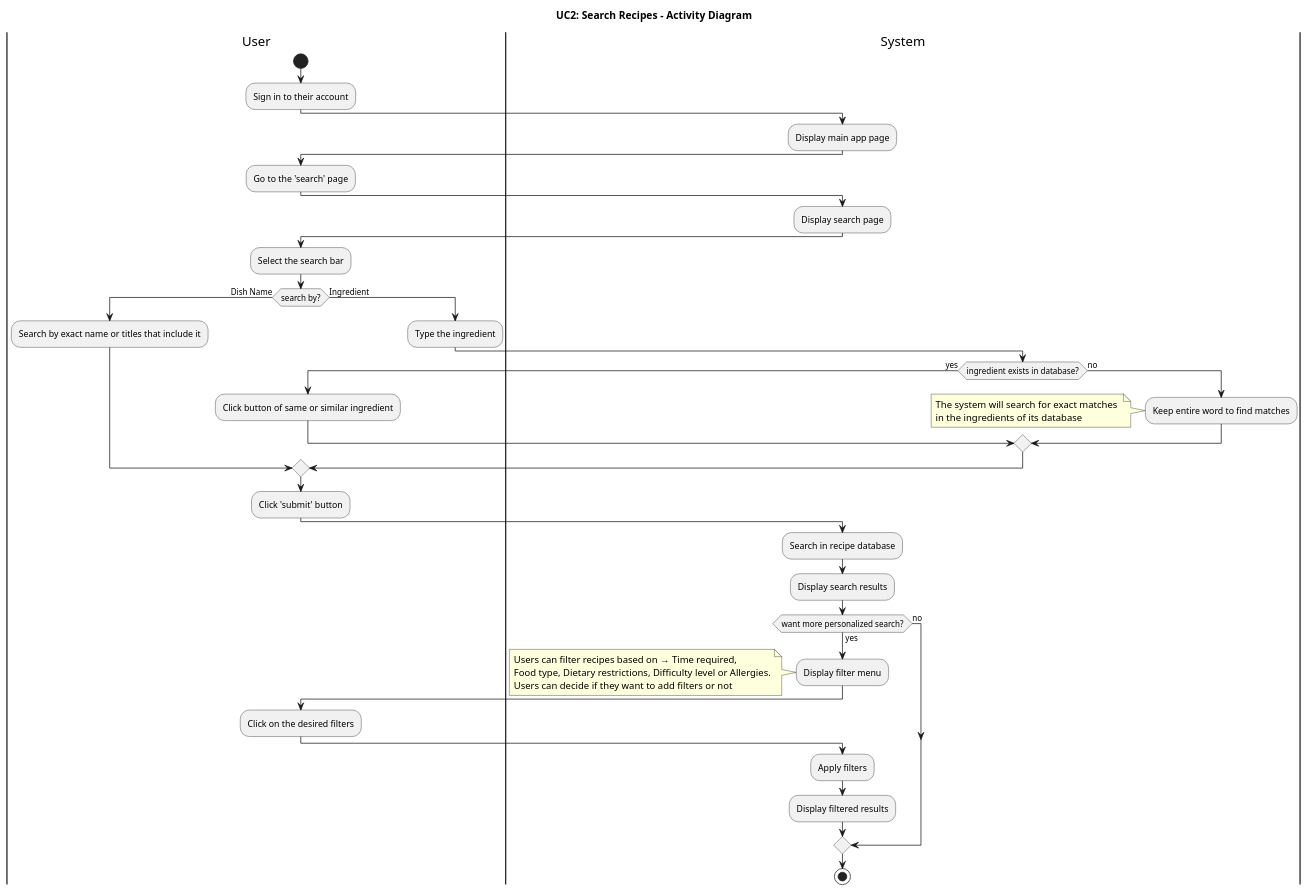
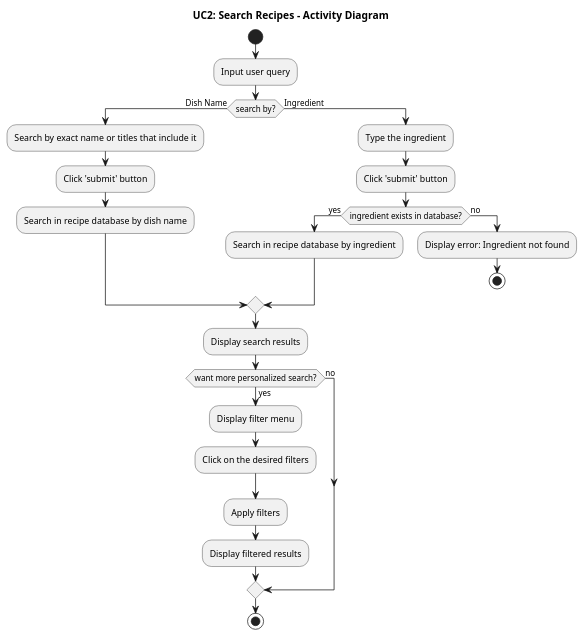
One commit to carmensat/RECIPE-ROULETTE changed the diagram in DIAGRAMS/UC2_ACTIVITY_search_recipe.puml. Above: the diagram before and after it, drawn with PlantUML.

```diff
--- a/DIAGRAMS/UC2_ACTIVITY_search_recipe.puml
+++ b/DIAGRAMS/UC2_ACTIVITY_search_recipe.puml
@@ -1,68 +1,35 @@
 @startuml
 title UC2: Search Recipes - Activity Diagram
 
-|User|
 start
 
-:Sign in to their account;
-
-|System|
-:Display main app page;
-
-|User|
-:Go to the 'search' page;
-
-|System|
-:Display search page;
-
-|User|
-:Select the search bar;
+:Input user query;
 
 if (search by?) then (Dish Name)
-  |User|
   :Search by exact name or titles that include it;
-  
+  :Click 'submit' button;
+  :Search in recipe database by dish name;
 else (Ingredient)
- :Type the ingredient;
-  |System|
+  :Type the ingredient;
+  :Click 'submit' button;
   if (ingredient exists in database?) then (yes)
-   |User|
-    :Click button of same or similar ingredient;
-    
+    :Search in recipe database by ingredient;
   else (no)
-  |System|
-  :Keep entire word to find matches;
-  note
-    The system will search for exact matches 
-    in the ingredients of its database
-  end note
-  
+    :Display error: Ingredient not found;
+    stop
   endif
 endif
 
-|User|
-:Click 'submit' button;
-
-|System|
-:Search in recipe database;
 :Display search results;
-
 
 if (want more personalized search?) then (yes)
   :Display filter menu;
-  note
-    Users can filter recipes based on → Time required, 
-    Food type, Dietary restrictions, Difficulty level or Allergies.
-    Users can decide if they want to add filters or not
-  end note
-  |User|
   :Click on the desired filters;
-  |System|
   :Apply filters;
   :Display filtered results;
 else (no)
 endif
 
 stop
 
 @enduml
```
